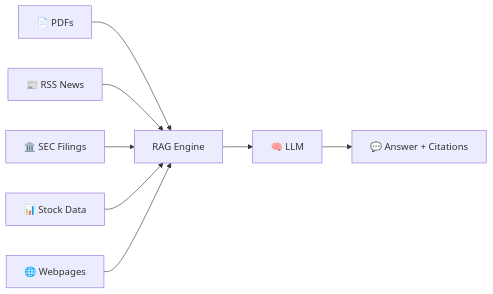
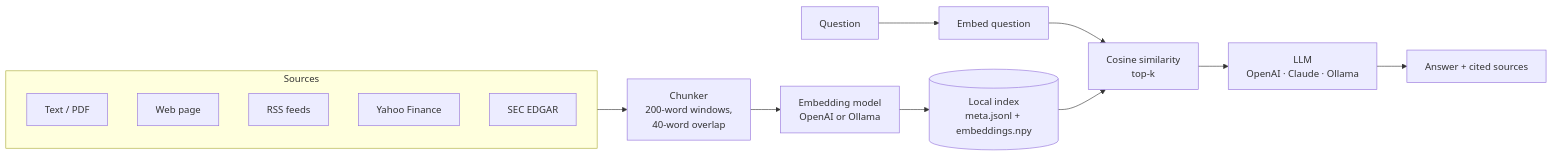
One commit to mutima89/finance-llm changed the diagram in README.md. Above: the diagram before and after it, drawn with Mermaid. The commit also changed other lines of this file, not shown here.

First line of the commit message:
Rewrite README: accurate architecture, usage, config and known limitations

````diff
--- a/README.md
+++ b/README.md
@@ -33,10 +145,20 @@
 ```mermaid
-graph LR
-    A[📄 PDFs] --> D[RAG Engine]
-    B[📰 RSS News] --> D
-    C[🏛️ SEC Filings] --> D
-    E[📊 Stock Data] --> D
-    F[🌐 Webpages] --> D
-    D --> G[🧠 LLM]
-    G --> H[💬 Answer + Citations]
+flowchart LR
+    subgraph Sources
+        A[Text / PDF]
+        B[Web page]
+        C[RSS feeds]
+        D[Yahoo Finance]
+        E[SEC EDGAR]
+    end
+
+    Sources --> F[Chunker<br/>200-word windows,<br/>40-word overlap]
+    F --> G[Embedding model<br/>OpenAI or Ollama]
+    G --> H[(Local index<br/>meta.jsonl + embeddings.npy)]
+
+    Q[Question] --> G2[Embed question]
+    G2 --> R[Cosine similarity<br/>top-k]
+    H --> R
+    R --> L[LLM<br/>OpenAI · Claude · Ollama]
+    L --> O[Answer + cited sources]
 ```
````
